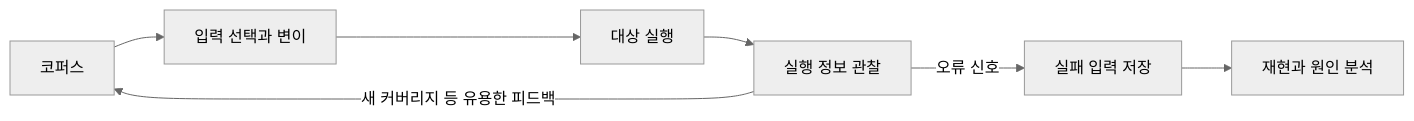
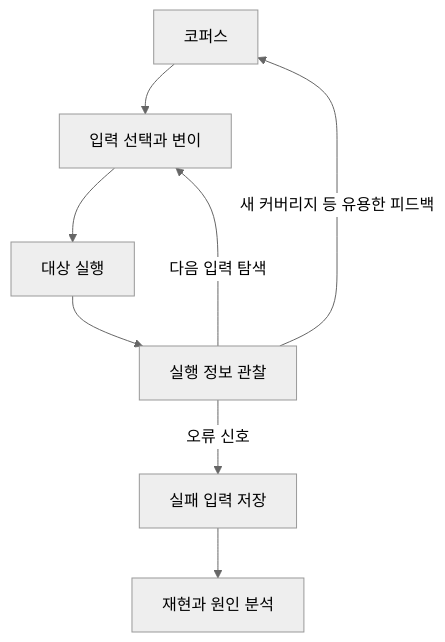
The diagram in _posts/2026-11-24-fuzzing-concepts-fuzzer-comparison.md (Aka-rang/Aka-rang.github.io), drawn with Mermaid (neutral theme) before and after one commit. The commit also changed other lines of this file, not shown here.

````diff
--- a/_posts/2026-11-24-fuzzing-concepts-fuzzer-comparison.md
+++ b/_posts/2026-11-24-fuzzing-concepts-fuzzer-comparison.md
@@ -74,9 +52,10 @@
 ```mermaid
-flowchart LR
-    A[코퍼스] --> B[입력 선택과 변이]
-    B --> C[대상 실행]
-    C --> D[실행 정보 관찰]
-    D -->|새 커버리지 등 유용한 피드백| A
-    D -->|오류 신호| E[실패 입력 저장]
-    E --> F[재현과 원인 분석]
+flowchart TD
+    A["코퍼스"] --> B["입력 선택과 변이"]
+    B --> C["대상 실행"]
+    C --> D["실행 정보 관찰"]
+    D -->|"새 커버리지 등 유용한 피드백"| A
+    D -->|"다음 입력 탐색"| B
+    D -->|"오류 신호"| E["실패 입력 저장"]
+    E --> F["재현과 원인 분석"]
 ```
````
